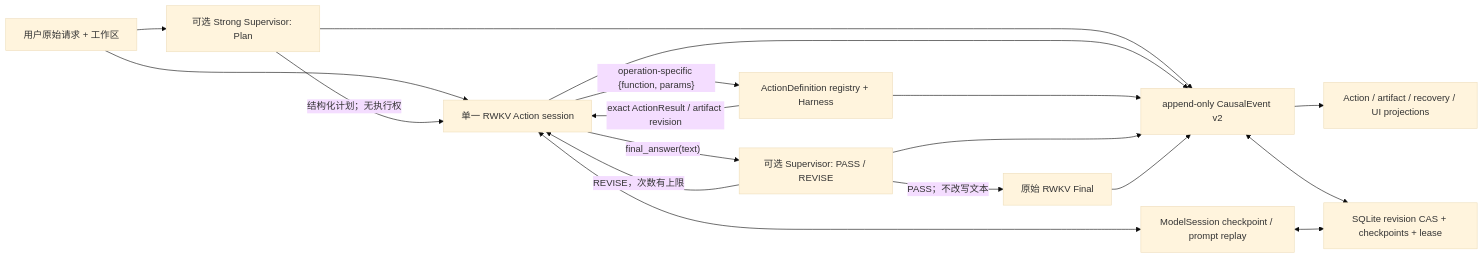
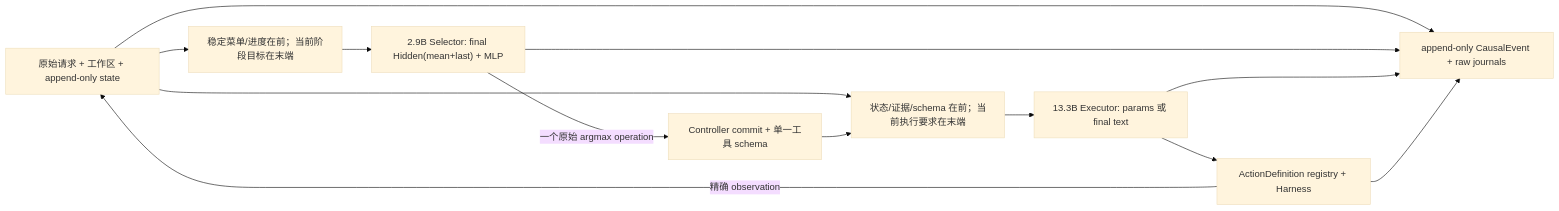
One commit to rwkv-rs/RWKV-LH changed the diagram in README.md. Above: the diagram before and after it, drawn with Mermaid (base theme). The commit also changed other lines of this file and 396 other files, not shown here.

Commit message:
feat: publish local dual-model agent harness v1

````diff
--- a/README.md
+++ b/README.md
@@ -19,15 +22,12 @@
 ```mermaid
 flowchart LR
-    U["用户原始请求 + 工作区"] --> P["可选 Strong Supervisor: Plan"]
-    U --> S["单一 RWKV Action session"]
-    P -->|"结构化计划；无执行权"| S
-    S -->|"operation-specific {function, params}"| H["ActionDefinition registry + Harness"]
-    H -->|"exact ActionResult / artifact revision"| S
-    S -->|"final_answer(text)"| R["可选 Supervisor: PASS / REVISE"]
-    R -->|"REVISE，次数有上限"| S
-    R -->|"PASS；不改写文本"| F["原始 RWKV Final"]
-    S <--> M["ModelSession checkpoint / prompt replay"]
-    P & S & H & R & F --> E["append-only CausalEvent v2"]
-    E --> Q["Action / artifact / recovery / UI projections"]
-    E & M <--> DB["SQLite revision CAS + checkpoints + lease"]
+    U["原始请求 + 工作区 + append-only state"] --> SP["稳定菜单/进度在前；当前阶段目标在末端"]
+    SP --> S["2.9B Selector: final Hidden(mean+last) + MLP"]
+    S -->|"一个原始 argmax operation"| C["Controller commit + 单一工具 schema"]
+    U --> EP["状态/证据/schema 在前；当前执行要求在末端"]
+    C --> EP
+    EP --> X["13.3B Executor: params 或 final text"]
+    X --> H["ActionDefinition registry + Harness"]
+    H -->|"精确 observation"| U
+    U & S & X & H --> E["append-only CausalEvent + raw journals"]
 ```
````
